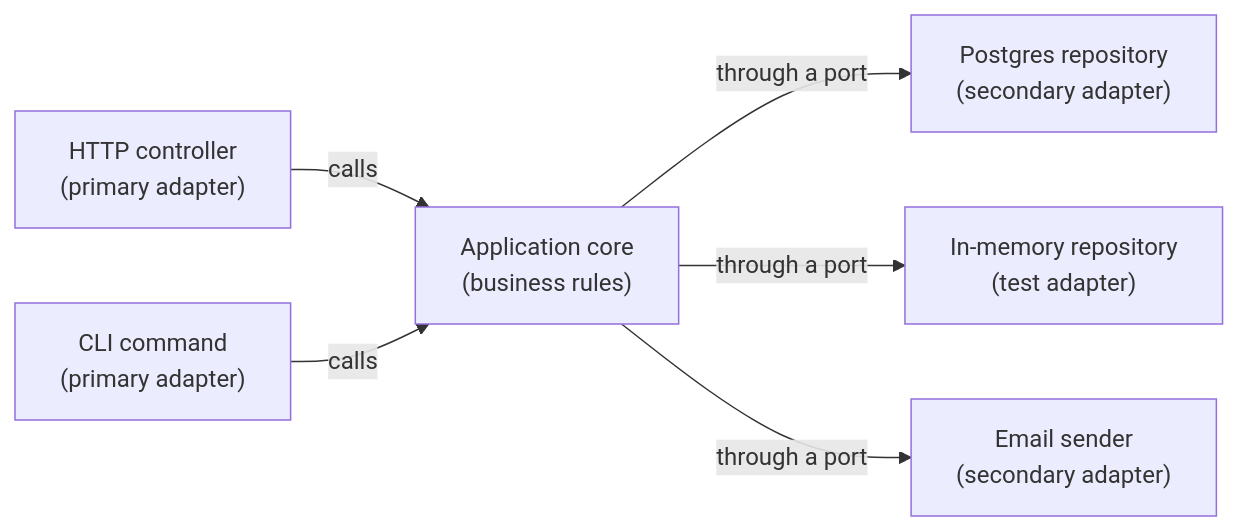
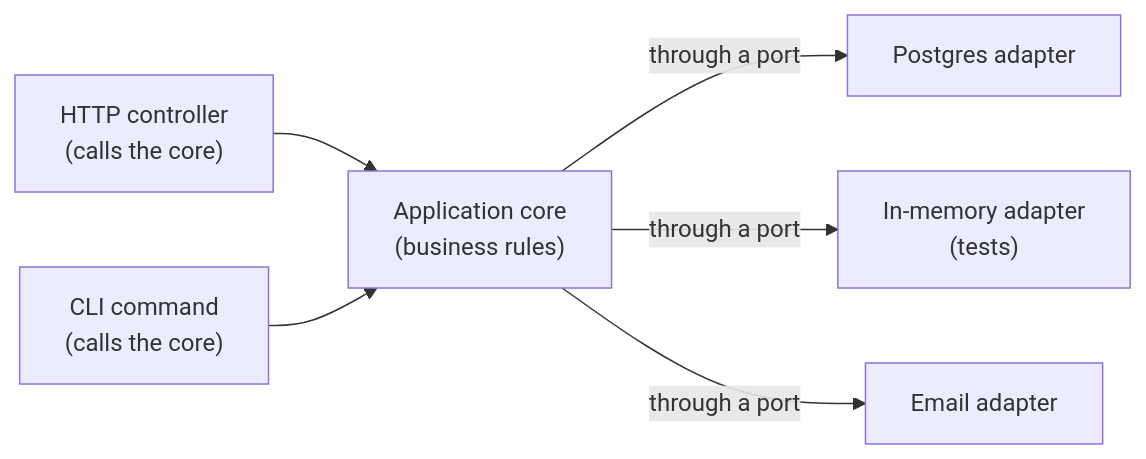
Before and after one commit to francoandreDev/knowledge: the diagram in src/content/architecture/hexagonal-clean-architecture/L1-summary.mdx, drawn with Mermaid. The commit also changed other lines of this file and 17 other files, not shown here.

Commit message:
Migrate architecture batch 2 (hexagonal-clean-architecture, event-driven-architecture, build-vs-buy, adr-governance) to the three-tier exercise model

````diff
--- a/src/content/architecture/hexagonal-clean-architecture/L1-summary.mdx
+++ b/src/content/architecture/hexagonal-clean-architecture/L1-summary.mdx
@@ -79,8 +86,8 @@
 ```mermaid
 flowchart LR
-    HTTP["HTTP controller<br/>(primary adapter)"] -->|calls| Core["Application core<br/>(business rules)"]
-    CLI["CLI command<br/>(primary adapter)"] -->|calls| Core
-    Core -->|through a port| DB["Postgres repository<br/>(secondary adapter)"]
-    Core -->|through a port| Mem["In-memory repository<br/>(test adapter)"]
-    Core -->|through a port| Mail["Email sender<br/>(secondary adapter)"]
+    HTTP["HTTP controller<br/>(calls the core)"] --> Core["Application core<br/>(business rules)"]
+    CLI["CLI command<br/>(calls the core)"] --> Core
+    Core -->|"through a port"| DB["Postgres adapter"]
+    Core -->|"through a port"| Mem["In-memory adapter<br/>(tests)"]
+    Core -->|"through a port"| Mail["Email adapter"]
 ```
````
